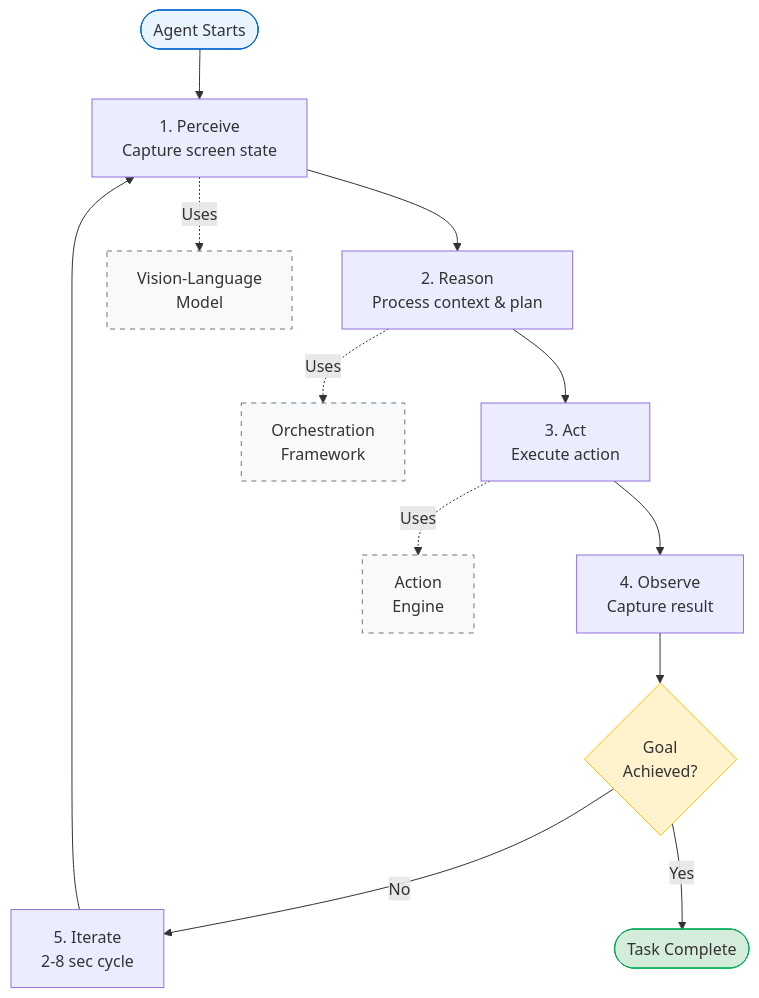
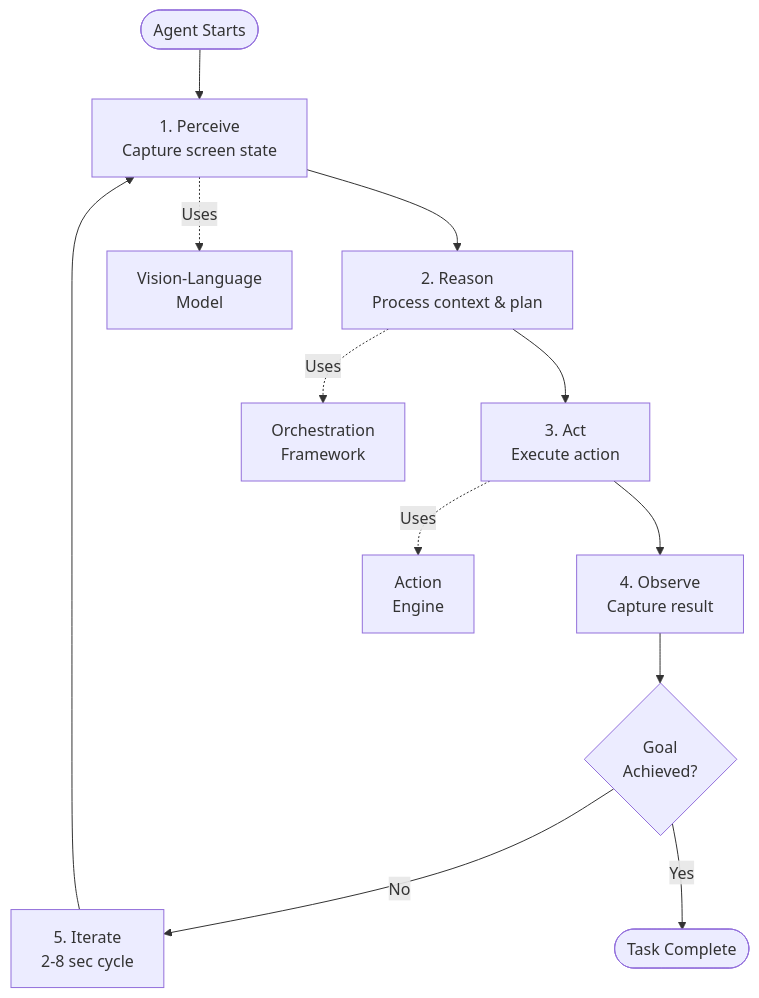
One commit to tallyfy/documentation changed the first of 2 diagrams in src/content/docs/pro/integrations/computer-ai-agents/local-computer-use-agents.mdx. Above: the diagram before and after it, drawn with Mermaid. The commit also changed other lines of this file and 13 other files, not shown here.

First line of the commit message:
Remove style directives from Mermaid diagrams across documentation

````diff
--- a/src/content/docs/pro/integrations/computer-ai-agents/local-computer-use-agents.mdx
+++ b/src/content/docs/pro/integrations/computer-ai-agents/local-computer-use-agents.mdx
@@ -65,28 +65,20 @@
 ```mermaid
 flowchart TD
     Start([Agent Starts]) --> Perceive[1. Perceive<br/>Capture screen state]
     Perceive --> Reason[2. Reason<br/>Process context & plan]
     Reason --> Act[3. Act<br/>Execute action]
     Act --> Observe[4. Observe<br/>Capture result]
     Observe --> Check{Goal<br/>Achieved?}
     Check -->|No| Iterate[5. Iterate<br/>2-8 sec cycle]
     Iterate --> Perceive
     Check -->|Yes| Complete([Task Complete])
     
-    style Start fill:#E8F4FF,stroke:#0066CC
-    style Complete fill:#D4EDDA,stroke:#00AA55
-    style Check fill:#FFF3CD,stroke:#FFC107
-    
     %% Component annotations
     Perceive -.->|Uses| VLM[Vision-Language<br/>Model]
     Act -.->|Uses| Engine[Action<br/>Engine]
     Reason -.->|Uses| Orchestrator[Orchestration<br/>Framework]
     
-    style VLM fill:#F8F9FA,stroke:#6C757D,stroke-dasharray: 5 5
-    style Engine fill:#F8F9FA,stroke:#6C757D,stroke-dasharray: 5 5
-    style Orchestrator fill:#F8F9FA,stroke:#6C757D,stroke-dasharray: 5 5
-    
     click Perceive "/products/pro/integrations/computer-ai-agents/#screen-capture" "Learn about screen capture"
     click Act "/products/pro/integrations/computer-ai-agents/#action-execution" "Action execution details"
     click VLM "#core-architecture-components" "Vision-Language Model details"
 ```
````
